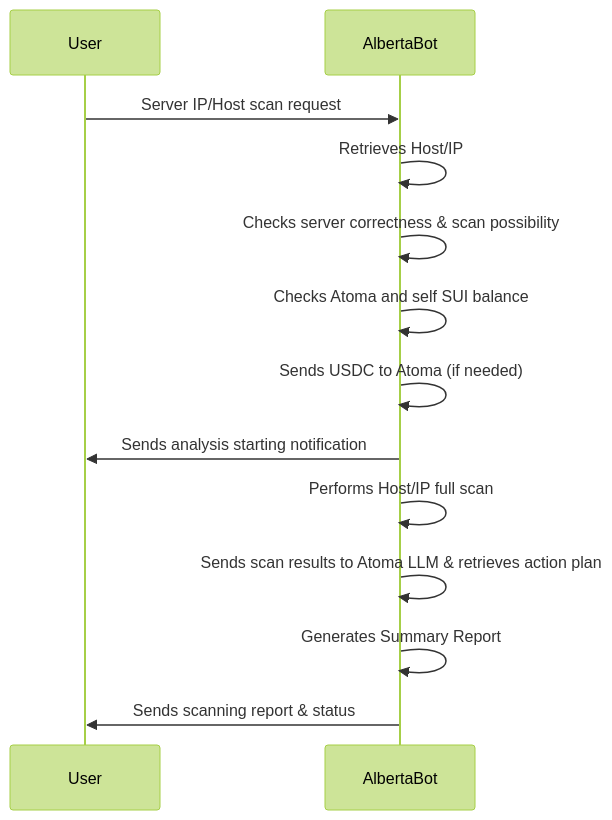
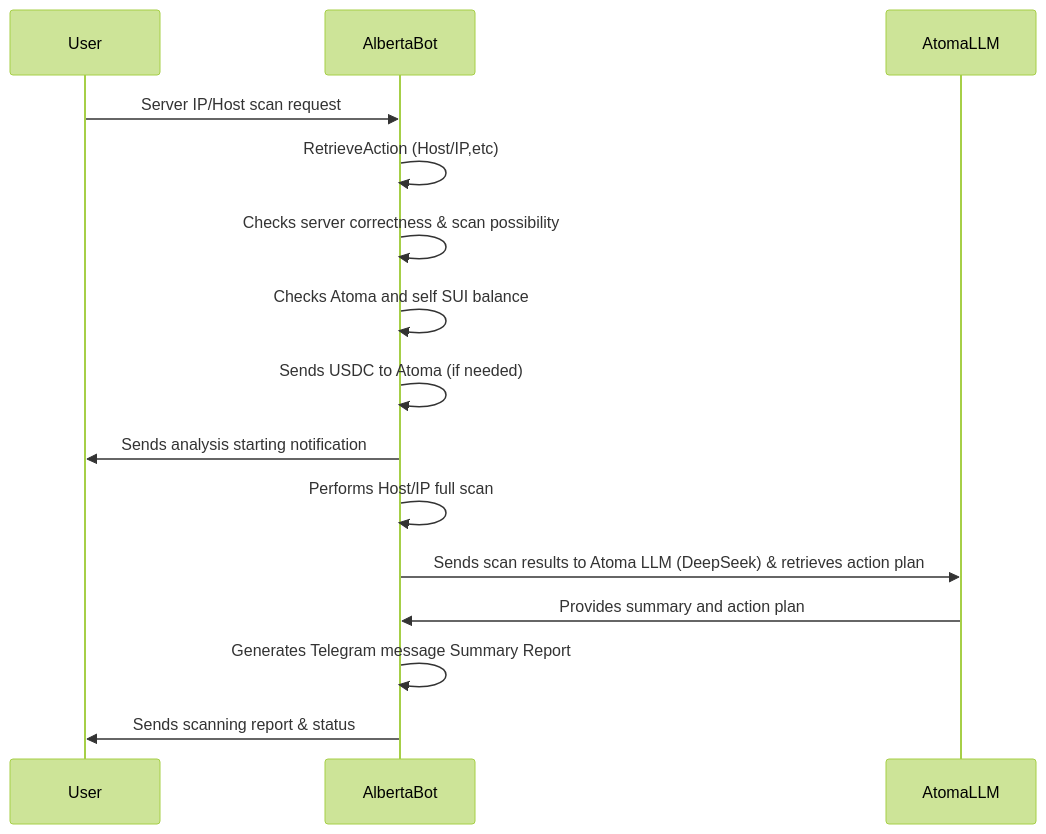
Before and after one commit to GanAIWeb3Club/Alberta-Assistant: the first of 2 diagrams in README.md, drawn with Mermaid (forest theme).

Commit message:
diagram upd

````diff
--- a/README.md
+++ b/README.md
@@ -32,17 +32,19 @@
 ```mermaid
 sequenceDiagram
     participant User
     participant AlbertaBot
+    participant AtomaLLM
 
     User ->> AlbertaBot: Server IP/Host scan request
-    AlbertaBot ->> AlbertaBot: Retrieves Host/IP
+    AlbertaBot ->> AlbertaBot: RetrieveAction (Host/IP,etc)
     AlbertaBot ->> AlbertaBot: Checks server correctness & scan possibility
     AlbertaBot ->> AlbertaBot: Checks Atoma and self SUI balance
     AlbertaBot ->> AlbertaBot: Sends USDC to Atoma (if needed)
     AlbertaBot ->> User: Sends analysis starting notification
     AlbertaBot ->> AlbertaBot: Performs Host/IP full scan
-    AlbertaBot ->> AlbertaBot: Sends scan results to Atoma LLM & retrieves action plan
-    AlbertaBot ->> AlbertaBot: Generates Summary Report
+    AlbertaBot ->> AtomaLLM: Sends scan results to Atoma LLM (DeepSeek) & retrieves action plan
+    AtomaLLM ->> AlbertaBot: Provides summary and action plan
+    AlbertaBot ->> AlbertaBot: Generates Telegram message Summary Report
     AlbertaBot ->> User: Sends scanning report & status
     
 ```
````
